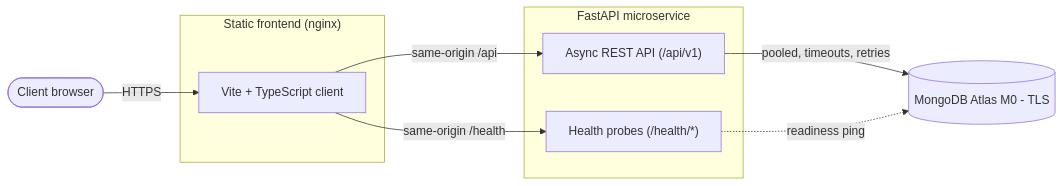
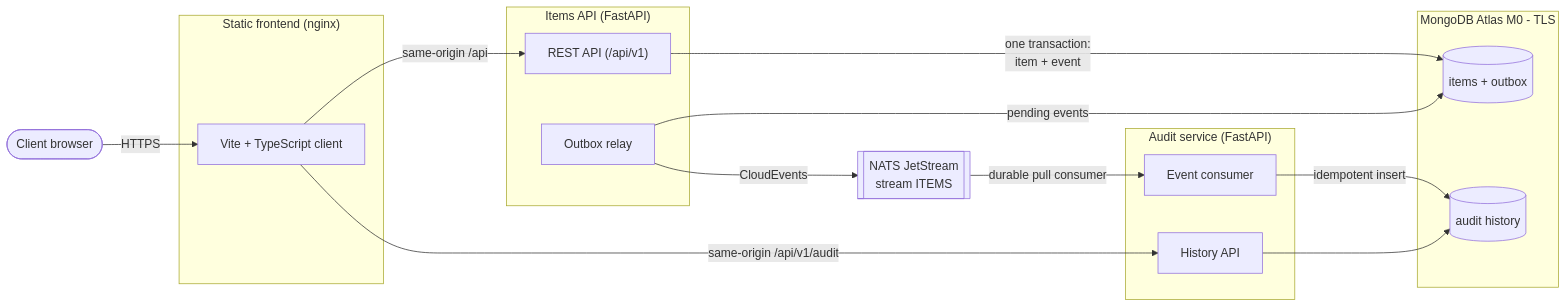
The first of 2 diagrams in README.md (Carlosmarroquin20/Automated-Cloud-Architecture-for-MongoDB-Backed-Microservices), drawn with Mermaid before and after one commit. The commit also changed other lines of this file and 12 other files, not shown here.

````diff
--- a/README.md
+++ b/README.md
@@ -34,21 +40,35 @@
 ```mermaid
 flowchart LR
     user(["Client browser"])
 
     subgraph edge ["Static frontend (nginx)"]
         spa["Vite + TypeScript client"]
     end
 
-    subgraph svc ["FastAPI microservice"]
-        api["Async REST API (/api/v1)"]
-        health["Health probes (/health/*)"]
+    subgraph items ["Items API (FastAPI)"]
+        api["REST API (/api/v1)"]
+        relay["Outbox relay"]
     end
 
-    db[("MongoDB Atlas M0 - TLS")]
+    nats[["NATS JetStream<br/>stream ITEMS"]]
+
+    subgraph auditsvc ["Audit service (FastAPI)"]
+        consumer["Event consumer"]
+        history["History API"]
+    end
+
+    subgraph atlas ["MongoDB Atlas M0 - TLS"]
+        itemsdb[("items + outbox")]
+        auditdb[("audit history")]
+    end
 
     user -->|HTTPS| spa
     spa -->|"same-origin /api"| api
-    spa -->|"same-origin /health"| health
-    api -->|"pooled, timeouts, retries"| db
-    health -.->|"readiness ping"| db
+    spa -->|"same-origin /api/v1/audit"| history
+    api -->|"one transaction:<br/>item + event"| itemsdb
+    relay -->|"pending events"| itemsdb
+    relay -->|"CloudEvents"| nats
+    nats -->|"durable pull consumer"| consumer
+    consumer -->|"idempotent insert"| auditdb
+    history --> auditdb
 ```
````
